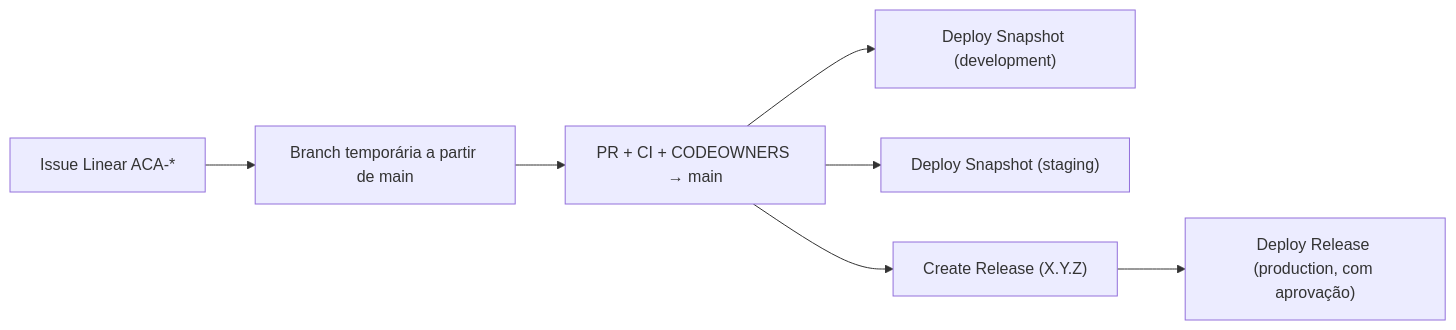
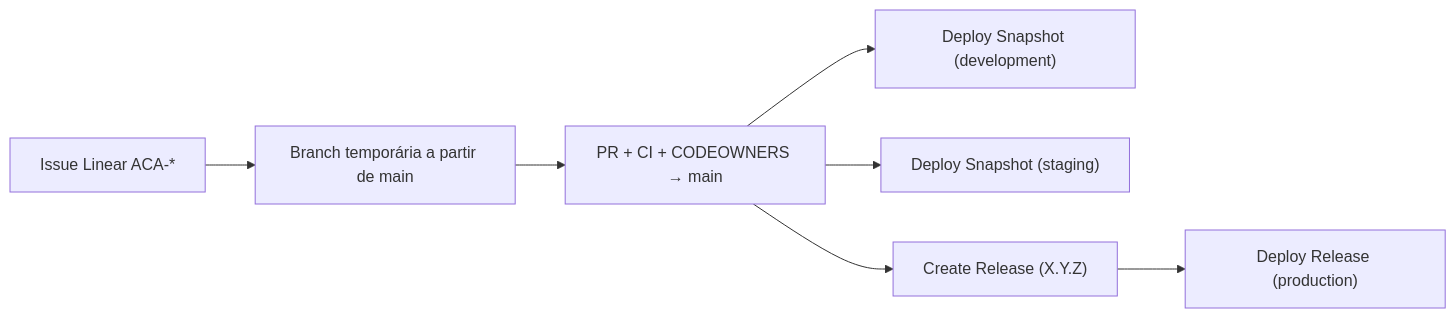
One commit to DevCaverna/acadflow-api changed the diagram in docs/gerencia-de-configuracao.md. Above: the diagram before and after it, drawn with Mermaid. The commit also changed other lines of this file and 4 other files, not shown here.

````diff
--- a/docs/gerencia-de-configuracao.md
+++ b/docs/gerencia-de-configuracao.md
@@ -60,9 +60,9 @@
 ```mermaid
 flowchart LR
     Issue["Issue Linear ACA-*"] --> Feat["Branch temporária a partir de main"]
     Feat --> PRMain["PR + CI + CODEOWNERS → main"]
     PRMain --> SnapDev["Deploy Snapshot (development)"]
     PRMain --> SnapStg["Deploy Snapshot (staging)"]
     PRMain --> Rel["Create Release (X.Y.Z)"]
-    Rel --> Prod["Deploy Release (production, com aprovação)"]
+    Rel --> Prod["Deploy Release (production)"]
 ```
````
